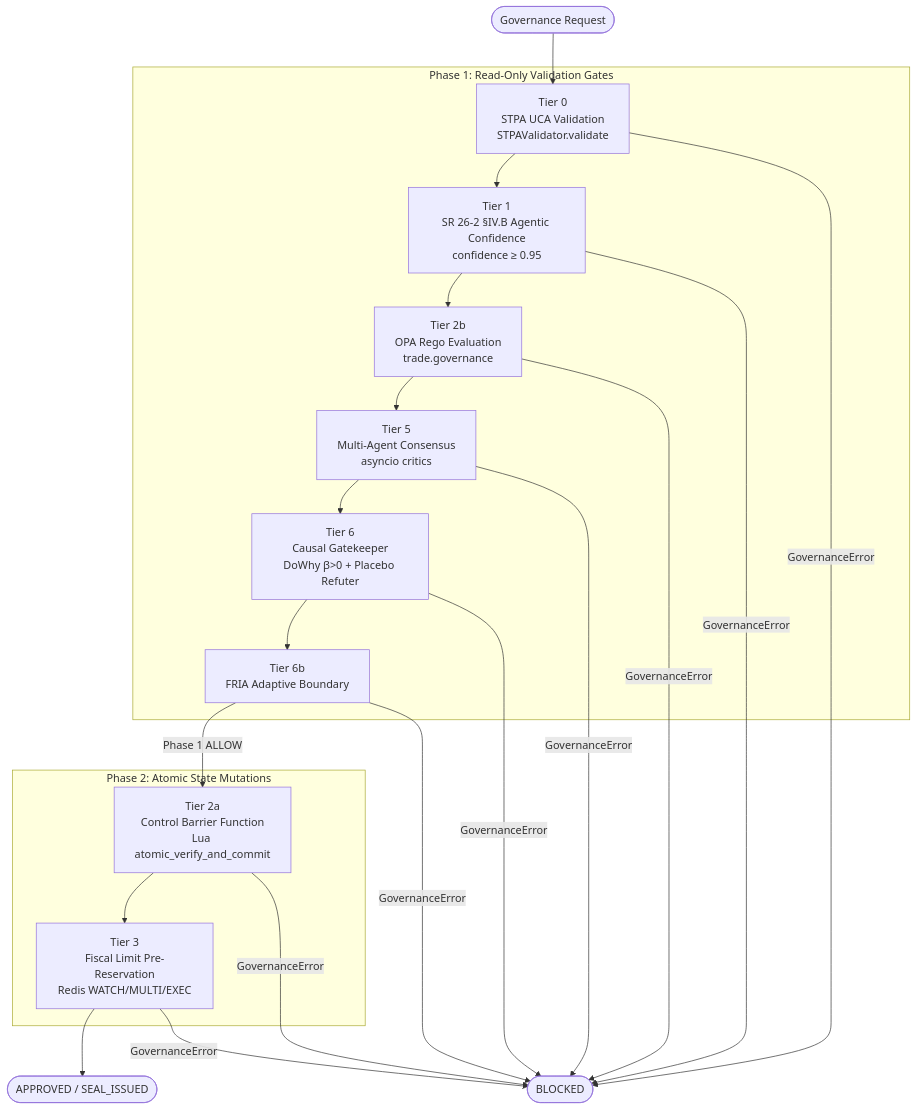
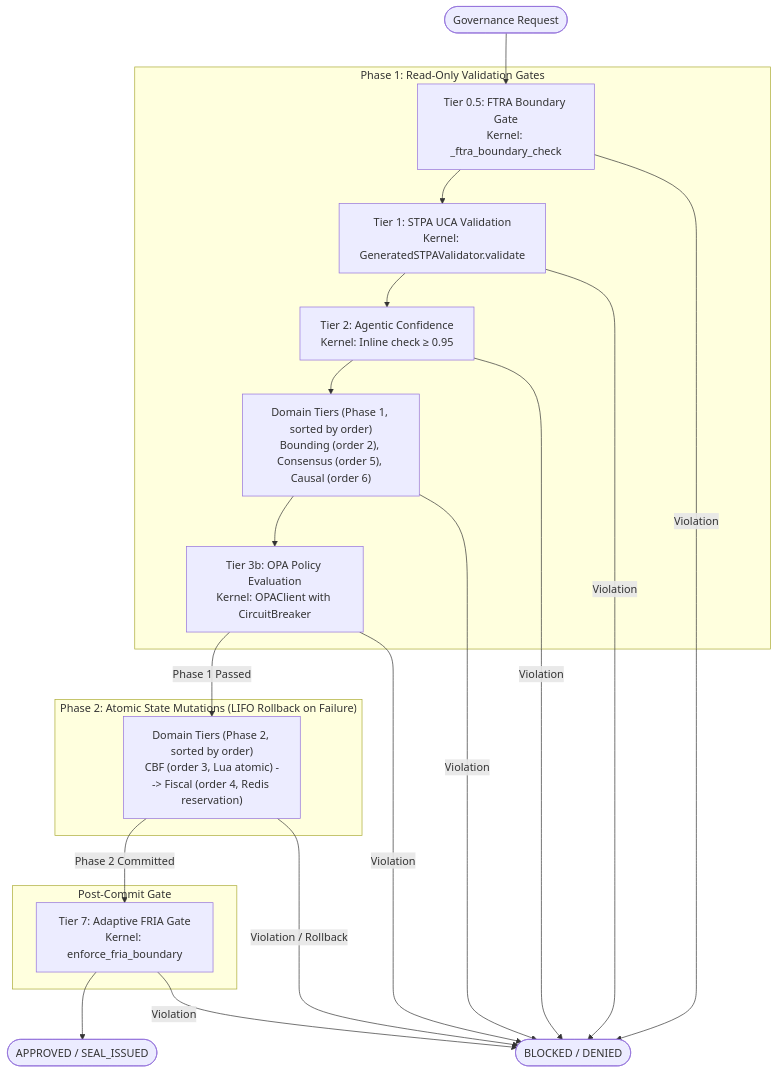
One commit to google/cybernetic-agent-governance-engine changed the fifth of 5 diagrams in docs/technical-report/02-ARCHITECTURE.md. Above: the diagram before and after it, drawn with Mermaid. The commit also changed other lines of this file and 19 other files, not shown here.

First line of the commit message:
docs(docs): reconcile technical reports with v3 architecture

````diff
--- a/docs/technical-report/02-ARCHITECTURE.md
+++ b/docs/technical-report/02-ARCHITECTURE.md
@@ -331,33 +361,33 @@
 ```mermaid
 flowchart TD
     subgraph P1["Phase 1: Read-Only Validation Gates"]
-        T0[Tier 0\nSTPA UCA Validation\nSTPAValidator.validate]
-        T1["Tier 1\nSR 26-2 §IV.B Agentic Confidence\nconfidence ≥ 0.95"]
-        T2b["Tier 2b\nOPA Rego Evaluation\ntrade.governance"]
-        T5[Tier 5\nMulti-Agent Consensus\nasyncio critics]
-        T6[Tier 6\nCausal Gatekeeper\nDoWhy β>0 + Placebo Refuter]
-        T6b[Tier 6b\nFRIA Adaptive Boundary]
+        T_FTRA["Tier 0.5: FTRA Boundary Gate\nKernel: _ftra_boundary_check"]
+        T_STPA["Tier 1: STPA UCA Validation\nKernel: GeneratedSTPAValidator.validate"]
+        T_CONF["Tier 2: Agentic Confidence\nKernel: Inline check ≥ 0.95"]
+        T_D1["Domain Tiers (Phase 1, sorted by order)\nBounding (order 2), Consensus (order 5), Causal (order 6)"]
+        T_OPA["Tier 3b: OPA Policy Evaluation\nKernel: OPAClient with CircuitBreaker"]
 
-        T0 --> T1 --> T2b --> T5 --> T6 --> T6b
+        T_FTRA --> T_STPA --> T_CONF --> T_D1 --> T_OPA
     end
 
-    subgraph P2["Phase 2: Atomic State Mutations"]
-        T2a["Tier 2a\nControl Barrier Function\nLua atomic_verify_and_commit"]
-        T3[Tier 3\nFiscal Limit Pre-Reservation\nRedis WATCH/MULTI/EXEC]
-
-        T2a --> T3
+    subgraph P2["Phase 2: Atomic State Mutations (LIFO Rollback on Failure)"]
+        T_D2["Domain Tiers (Phase 2, sorted by order)\nCBF (order 3, Lua atomic) --> Fiscal (order 4, Redis reservation)"]
     end
 
-    Input([Governance Request]) --> T0
-    T6b -->|Phase 1 ALLOW| T2a
-    T3 --> Approved([APPROVED / SEAL_ISSUED])
+    subgraph P3["Post-Commit Gate"]
+        T_FRIA["Tier 7: Adaptive FRIA Gate\nKernel: enforce_fria_boundary"]
+    end
 
-    T0 -->|GovernanceError| Blocked([BLOCKED])
-    T1 -->|GovernanceError| Blocked
-    T2b -->|GovernanceError| Blocked
-    T5 -->|GovernanceError| Blocked
-    T6 -->|GovernanceError| Blocked
-    T6b -->|GovernanceError| Blocked
-    T2a -->|GovernanceError| Blocked
-    T3 -->|GovernanceError| Blocked
+    Input([Governance Request]) --> T_FTRA
+    T_OPA -->|Phase 1 Passed| T_D2
+    T_D2 -->|Phase 2 Committed| T_FRIA
+    T_FRIA --> Approved([APPROVED / SEAL_ISSUED])
+
+    T_FTRA -->|Violation| Blocked([BLOCKED / DENIED])
+    T_STPA -->|Violation| Blocked
+    T_CONF -->|Violation| Blocked
+    T_D1 -->|Violation| Blocked
+    T_OPA -->|Violation| Blocked
+    T_D2 -->|Violation / Rollback| Blocked
+    T_FRIA -->|Violation| Blocked
 ```
````
